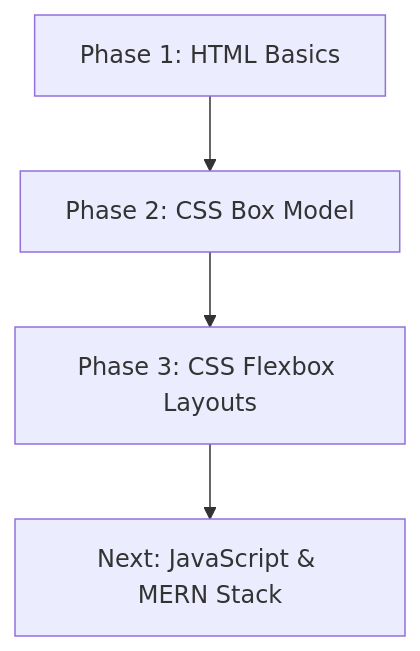
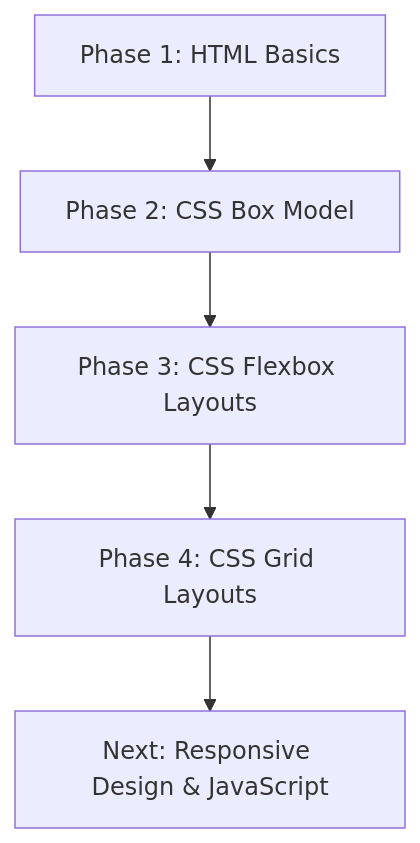
Before and after one commit to SaqibShah-dev/web-dev-journey: the diagram in README.md, drawn with Mermaid. The commit also changed other lines of this file and 12 other files, not shown here.

Commit message:
docs: add comprehensive CSS Grid learning guide Added Phase 4 CSS Grid section to README including:- 10 core grid concepts with file references  - Grid vs. Flexbox comparison  - Key properties reference table  - Responsive layout patterns (auto-fit/auto-fill)

````diff
--- a/README.md
+++ b/README.md
@@ -42,6 +43,7 @@
 ```mermaid
 graph TD
     A[Phase 1: HTML Basics] --> B[Phase 2: CSS Box Model]
     B --> C[Phase 3: CSS Flexbox Layouts]
-    C --> D[Next: JavaScript & MERN Stack]
+    C --> D[Phase 4: CSS Grid Layouts]
+    D --> E[Next: Responsive Design & JavaScript]
 ```
````
